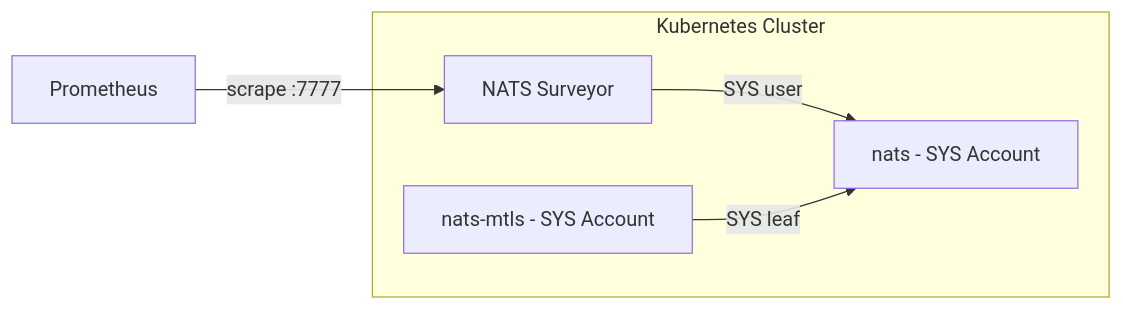
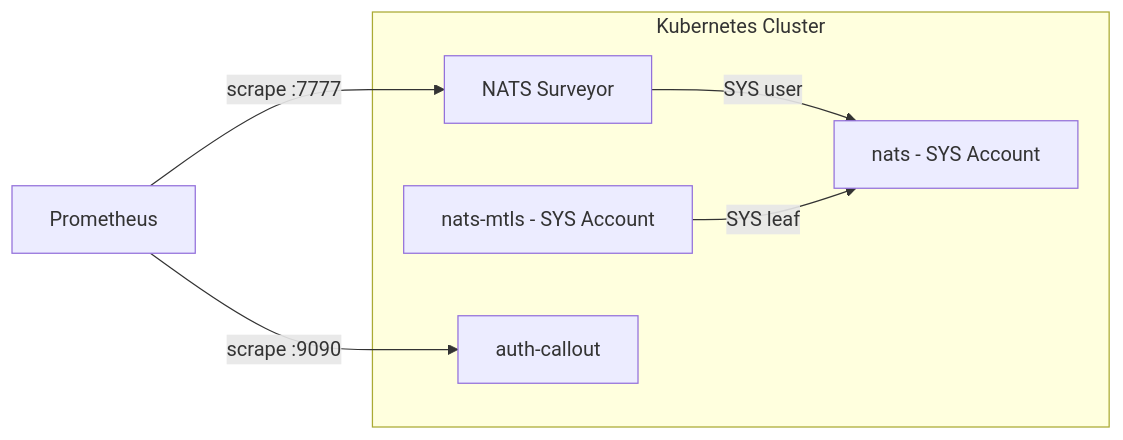
The third of 3 diagrams in deploy/README.md (NVIDIA/dsx-exchange), drawn with Mermaid before and after one commit. The commit also changed other lines of this file and 1 other file, not shown here.

First line of the commit message:
fix(chart): enable auth-callout ServiceMonitor

````diff
--- a/deploy/README.md
+++ b/deploy/README.md
@@ -788,12 +799,14 @@
 ```mermaid
 graph LR
     subgraph Cluster[Kubernetes Cluster]
         Surveyor[NATS Surveyor]
         MainNATS[nats - SYS Account]
         mTLSNATS[nats-mtls - SYS Account]
+        AuthCallout[auth-callout]
     end
     
     Surveyor -->|SYS user| MainNATS
     mTLSNATS -->|SYS leaf| MainNATS
     Prometheus -->|scrape :7777| Surveyor
+    Prometheus -->|scrape :9090| AuthCallout
 ```
````
